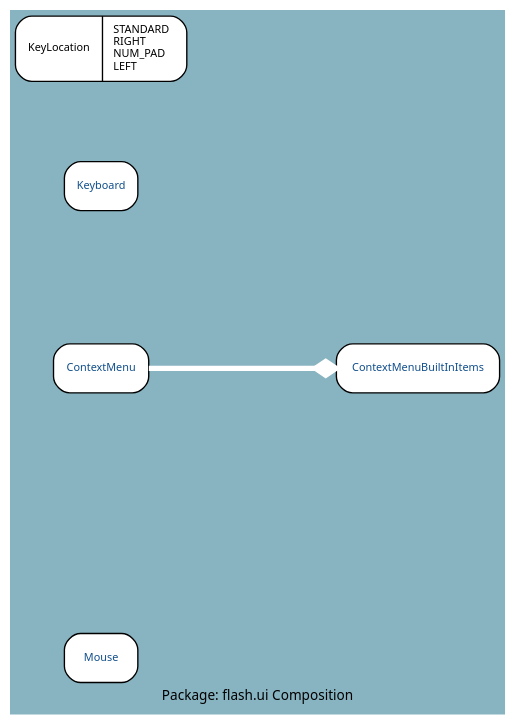
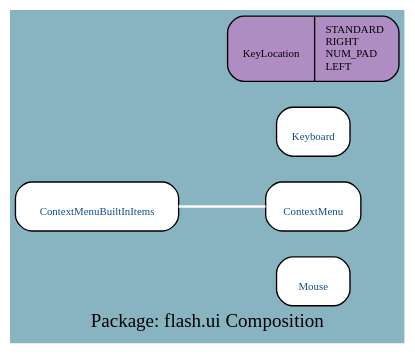
Before and after one commit to google-code-export/haxegui: the diagram in docs/uml/flash.ui_C.dot, drawn with Graphviz. The commit also changed 398 other files, not shown here.

```diff
--- a/docs/uml/flash.ui_C.dot
+++ b/docs/uml/flash.ui_C.dot
@@ -1,13 +1,13 @@
 digraph uml {
-	graph [label="Package: flash.ui Composition", ratio=compress, rankdir=LR, size="24,12", fontname=Sans, fontsize=10, bgcolor="#88B3C1", fontcolor=black];
-	node [label="\N", fontname=Sans, fontsize=8, shape=record, color=black, fontcolor=black];
-	edge [fontname=Sans, fontsize=8, minlen=3, color=black, fontcolor=black];
-	graph [lp="180,10",
-		bb="0,0,360,510"];
-	"flash.ui.Mouse" [label="{Mouse}", fontcolor="#104E8B", style="rounded,filled", fillcolor=white, URL="../types/flash/ui/Mouse.html", tooltip=Mouse, portPos=Mouse, pos="63,39", rects="36,21,90,57", width="0.75", height="0.50"];
-	"flash.ui.ContextMenu" [label="{ContextMenu}", fontcolor="#104E8B", style="rounded,filled", fillcolor=white, URL="../types/flash/ui/ContextMenu.html", tooltip=ContextMenu, portPos=ContextMenu, pos="63,252", rects="28,234,99,270", width="0.97", height="0.50"];
-	"flash.ui.ContextMenuBuiltInItems" [label="{ContextMenuBuiltInItems}", fontcolor="#104E8B", style="rounded,filled", fillcolor=white, URL="../types/flash/ui/ContextMenuBuiltInItems.html", tooltip=ContextMenuBuiltInItems, portPos=ContextMenuBuiltInItems, pos="299,252", rects="239,234,360,270", width="1.67", height="0.50"];
-	"flash.ui.Keyboard" [label="{Keyboard}", fontcolor="#104E8B", style="rounded,filled", fillcolor=white, URL="../types/flash/ui/Keyboard.html", tooltip=Keyboard, portPos=Keyboard, pos="63,386", rects="36,368,91,404", width="0.75", height="0.50"];
-	"flash.ui.KeyLocation" [label="{KeyLocation|STANDARD\lRIGHT\lNUM_PAD\lLEFT\l}", style="rounded,filled", fillcolor=white, pos="63,486", rects="0,462,66,510 66,462,126,510", width="1.75", height="0.67"];
-	"flash.ui.ContextMenu" -> "flash.ui.ContextMenuBuiltInItems" [color=white, style="setlinewidth(4)", arrowhead=diamond, arrowsize="1.25", pos="e,239,252 99,252 132,252 182,252 224,252"];
+	graph [label="Package: flash.ui Composition", ratio=compress, rankdir=RL, smoothing=avg_dist, overlap=false, fontname="DejaVu Sans Condenesed", fontsize=14, bgcolor="#88B3C1", fontcolor=black];
+	node [label="\N", fontname="DejaVu Sans Condenesed", fontsize=8, shape=record, color=black, fontcolor=black];
+	edge [fontname="DejaVu Sans Condenesed", fontsize=8, color=black, fontcolor=black];
+	graph [lp="142,12",
+		bb="0,0,284,235"];
+	"flash.ui.Mouse" [label="{\nMouse}", fontcolor="#104E8B", style="rounded,filled", fillcolor=white, URL="../types/flash/ui/Mouse.html", tooltip="\nMouse", pos="221,43", rects="194,25,248,61", width="0.75", height="0.50"];
+	"flash.ui.ContextMenu" [label="{\nContextMenu}", fontcolor="#104E8B", style="rounded,filled", fillcolor=white, URL="../types/flash/ui/ContextMenu.html", tooltip="\nContextMenu", pos="221,97", rects="186,79,257,115", width="0.97", height="0.50"];
+	"flash.ui.ContextMenuBuiltInItems" [label="{\nContextMenuBuiltInItems}", fontcolor="#104E8B", style="rounded,filled", fillcolor=white, URL="../types/flash/ui/ContextMenuBuiltInItems.html", tooltip="\nContextMenuBuiltInItems", pos="61,97", rects="1,79,122,115", width="1.67", height="0.50"];
+	"flash.ui.Keyboard" [label="{\nKeyboard}", fontcolor="#104E8B", style="rounded,filled", fillcolor=white, URL="../types/flash/ui/Keyboard.html", tooltip="\nKeyboard", pos="221,151", rects="194,133,249,169", width="0.75", height="0.50"];
+	"flash.ui.KeyLocation" [label="{\nKeyLocation|STANDARD\lRIGHT\lNUM_PAD\lLEFT\l}", style="rounded,filled", fillcolor="#af8dc3", pos="221,211", rects="158,187,224,235 224,187,284,235", width="1.75", height="0.67"];
+	"flash.ui.ContextMenu" -> "flash.ui.ContextMenuBuiltInItems" [color=white, style=bold, arrowhead=none, arrowtail=diamond, arrowsize=1, pos="s,186,97 174,97 158,97 140,97 122,97"];
 }
```
